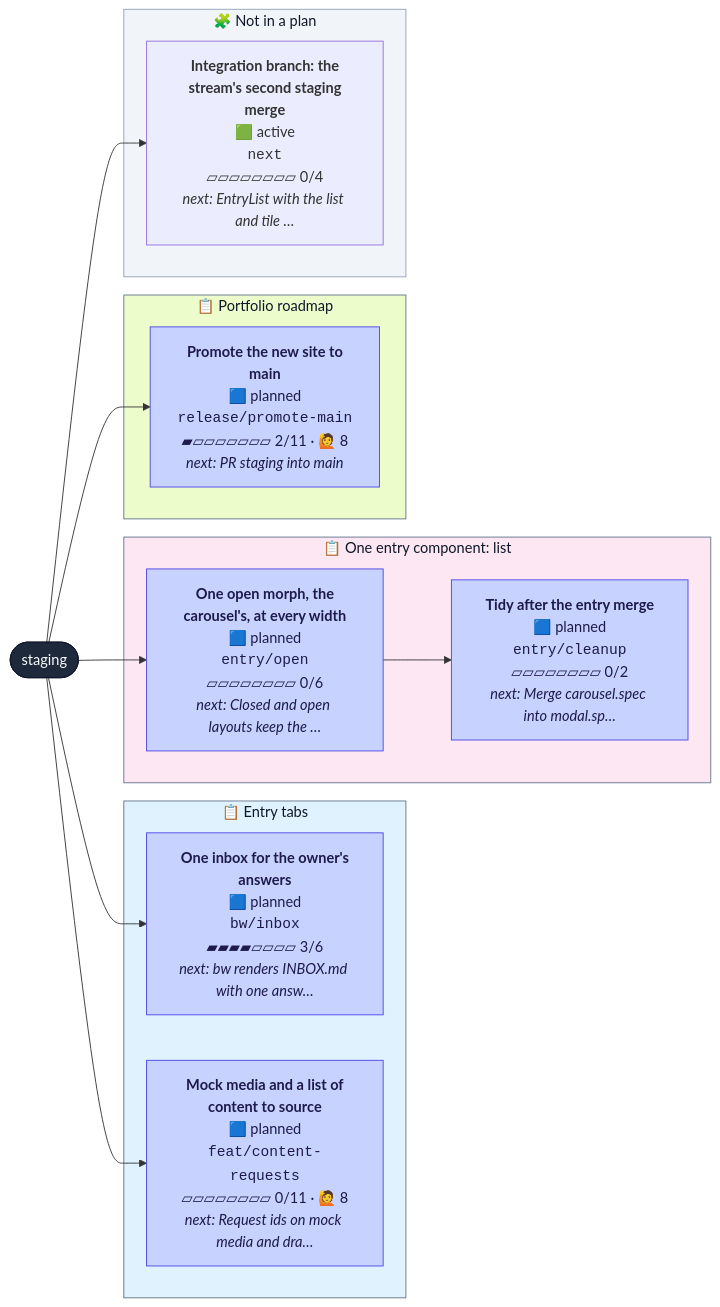
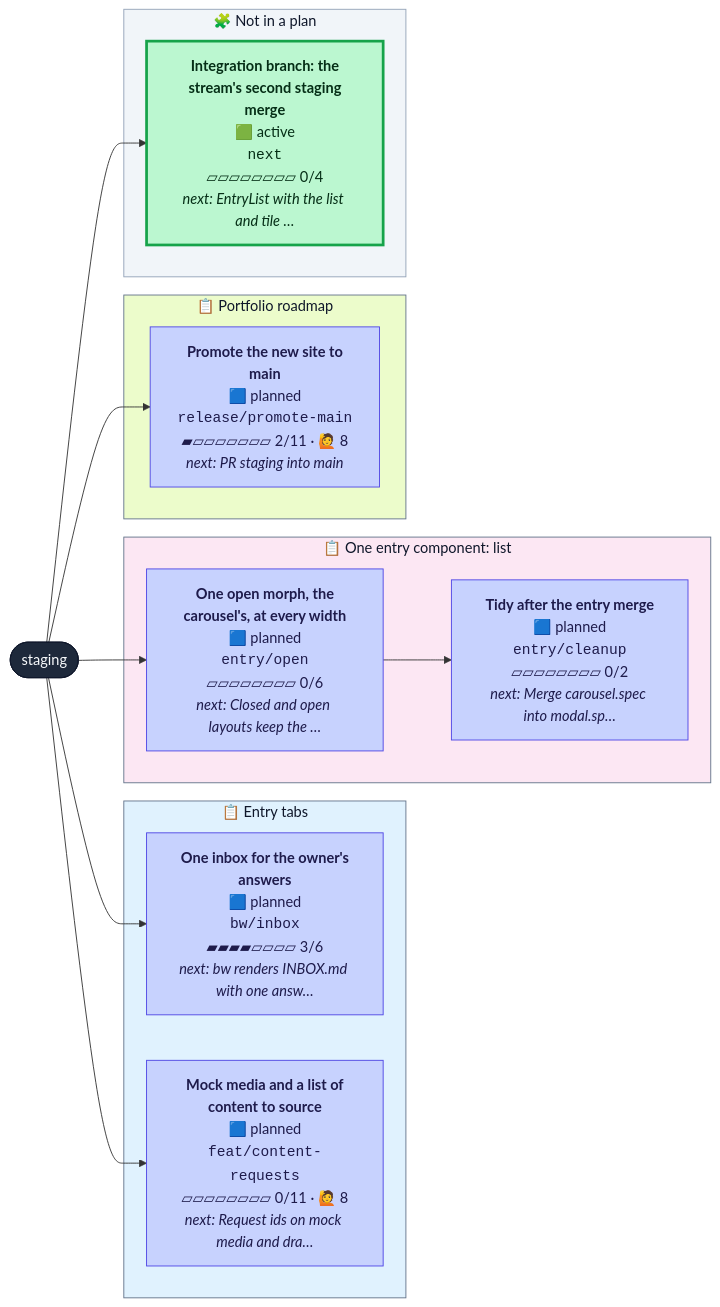
One commit to henryjonescodes/portfolio changed the diagram in CONTRIBUTING.md. Above: the diagram before and after it, drawn with Mermaid. The commit also changed other lines of this file and 2 other files, not shown here.

````diff
--- a/CONTRIBUTING.md
+++ b/CONTRIBUTING.md
@@ -17,41 +17,41 @@
 ```mermaid
 flowchart LR
   n_staging([staging])
   class n_staging trunk
   subgraph plan_0["📋 Entry tabs"]
     n_bw_inbox["<b>One inbox for the owner's<br/>answers</b><br/>🟦 planned<br/><code>bw/inbox</code><br/>▰▰▰▰▱▱▱▱ 3/6<br/><i>next: bw renders INBOX.md with one answ…</i>"]
     class n_bw_inbox planned
     n_feat_content_requests["<b>Mock media and a list of<br/>content to source</b><br/>🟦 planned<br/><code>feat/content-requests</code><br/>▱▱▱▱▱▱▱▱ 0/11 · 🙋 8<br/><i>next: Request ids on mock media and dra…</i>"]
     class n_feat_content_requests planned
   end
   style plan_0 fill:#e0f2fe,stroke:#64748b,color:#0f172a
   subgraph plan_1["📋 One entry component: list"]
     n_entry_cleanup["<b>Tidy after the entry merge</b><br/>🟦 planned<br/><code>entry/cleanup</code><br/>▱▱▱▱▱▱▱▱ 0/2<br/><i>next: Merge carousel.spec into modal.sp…</i>"]
     class n_entry_cleanup planned
     n_entry_open["<b>One open morph, the<br/>carousel's, at every width</b><br/>🟦 planned<br/><code>entry/open</code><br/>▱▱▱▱▱▱▱▱ 0/6<br/><i>next: Closed and open layouts keep the …</i>"]
     class n_entry_open planned
   end
   style plan_1 fill:#fce7f3,stroke:#64748b,color:#0f172a
   subgraph plan_2["📋 Portfolio roadmap"]
     n_release_promote_main["<b>Promote the new site to<br/>main</b><br/>🟦 planned<br/><code>release/promote-main</code><br/>▰▱▱▱▱▱▱▱ 2/11 · 🙋 8<br/><i>next: PR staging into main</i>"]
     class n_release_promote_main planned
   end
   style plan_2 fill:#ecfccb,stroke:#64748b,color:#0f172a
   subgraph loose["🧩 Not in a plan"]
     n_next["<b>Integration branch: the<br/>stream's second staging<br/>merge</b><br/>🟩 active<br/><code>next</code><br/>▱▱▱▱▱▱▱▱ 0/4<br/><i>next: EntryList with the list and tile …</i>"]
-    class n_next active,current
+    class n_next active
   end
   style loose fill:#f1f5f9,stroke:#94a3b8,color:#0f172a
   n_staging --> n_bw_inbox
   n_entry_open --> n_entry_cleanup
   n_staging --> n_entry_open
   n_staging --> n_feat_content_requests
   n_staging --> n_next
   n_staging --> n_release_promote_main
   classDef planned fill:#c7d2fe,stroke:#4f46e5,color:#1e1b4b
   classDef active fill:#bbf7d0,stroke:#16a34a,stroke-width:3px,color:#052e16
   classDef review fill:#fde68a,stroke:#d97706,stroke-width:3px,color:#451a03
   classDef blocked fill:#fecaca,stroke:#dc2626,stroke-width:3px,color:#450a0a
   classDef trunk fill:#1e293b,stroke:#0f172a,color:#f8fafc
   classDef current stroke:#0ea5e9,stroke-width:5px
 ```
````
